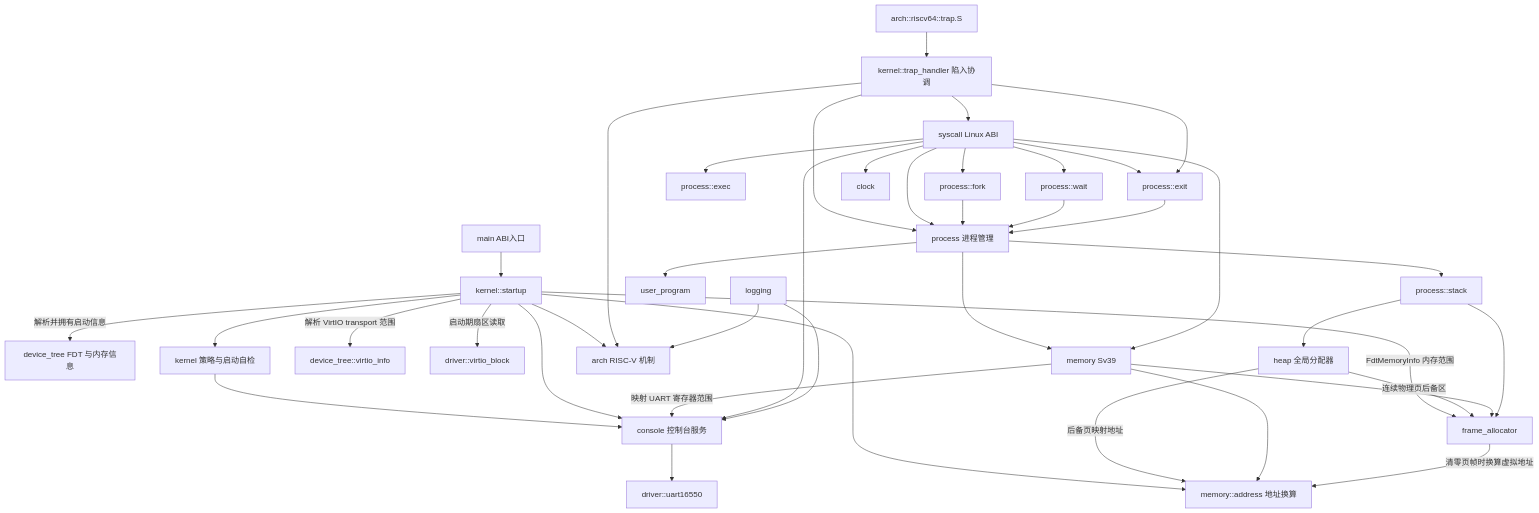
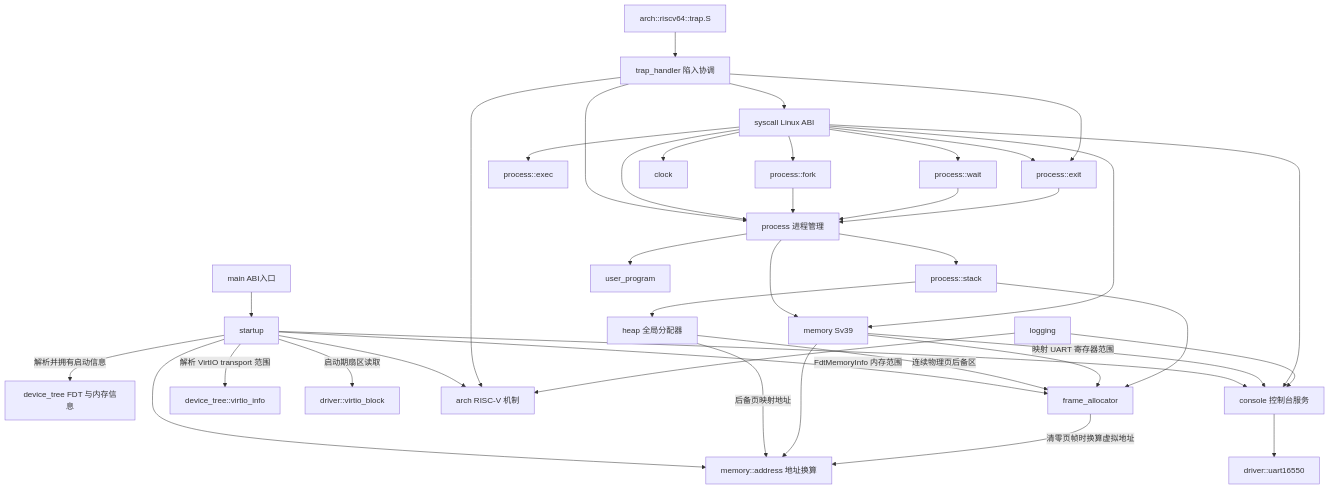
One commit to logeable/fullemu changed the diagram in docs/architecture.md. Above: the diagram before and after it, drawn with Mermaid. The commit also changed other lines of this file and 37 other files, not shown here.

````diff
--- a/docs/architecture.md
+++ b/docs/architecture.md
@@ -75,43 +74,42 @@
 ```mermaid
 flowchart TD
-    Main[main ABI入口] --> Startup[kernel::startup]
+    Main[main ABI入口] --> Startup[startup]
     Startup -->|解析并拥有启动信息| DeviceTree[device_tree FDT 与内存信息]
-    Startup --> Kernel[kernel 策略与启动自检]
     Startup --> Address[memory::address 地址换算]
     Startup -->|FdtMemoryInfo 内存范围| Frames[frame_allocator]
     Startup -->|解析 VirtIO transport 范围| VirtioInfo[device_tree::virtio_info]
     Startup -->|启动期扇区读取| VirtioBlock[driver::virtio_block]
     Heap[heap 全局分配器] -->|连续物理页后备区| Frames
     Heap -->|后备页映射地址| Address[memory::address 地址换算]
     Startup --> Arch[arch RISC-V 机制]
-    Kernel --> Console[console 控制台服务]
+    Console[console 控制台服务]
     Console --> Uart[driver::uart16550]
     Startup --> Console
-    ArchTrap[arch::riscv64::trap.S] --> TrapHandler[kernel::trap_handler 陷入协调]
+    ArchTrap[arch::riscv64::trap.S] --> TrapHandler[trap_handler 陷入协调]
     TrapHandler --> Arch
     TrapHandler --> Syscall[syscall Linux ABI]
     TrapHandler --> Process[process 进程管理]
     Syscall --> Process[process 进程管理]
     Syscall --> Fork[process::fork]
     Syscall --> Exec[process::exec]
     Syscall --> Wait[process::wait]
     Syscall --> Exit[process::exit]
     TrapHandler --> Exit
     Fork --> Process
     Wait --> Process
     Exit --> Process
     Memory[memory Sv39] --> Frames
     Memory --> Address
     Frames -->|清零页帧时换算虚拟地址| Address
     Memory -->|映射 UART 寄存器范围| Console
     Process --> Memory
     Process --> Stack[process::stack]
     Stack --> Heap
     Stack --> Frames
     Process --> Program[user_program]
     Syscall --> Memory
     Syscall --> Clock[clock]
     Syscall --> Console
     Logging[logging] --> Console
     Logging --> Arch
 ```
````
